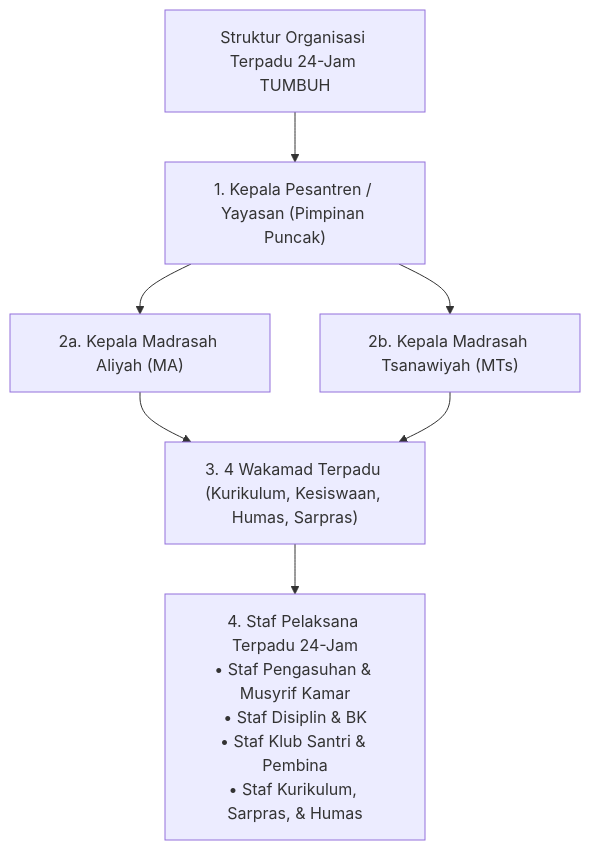
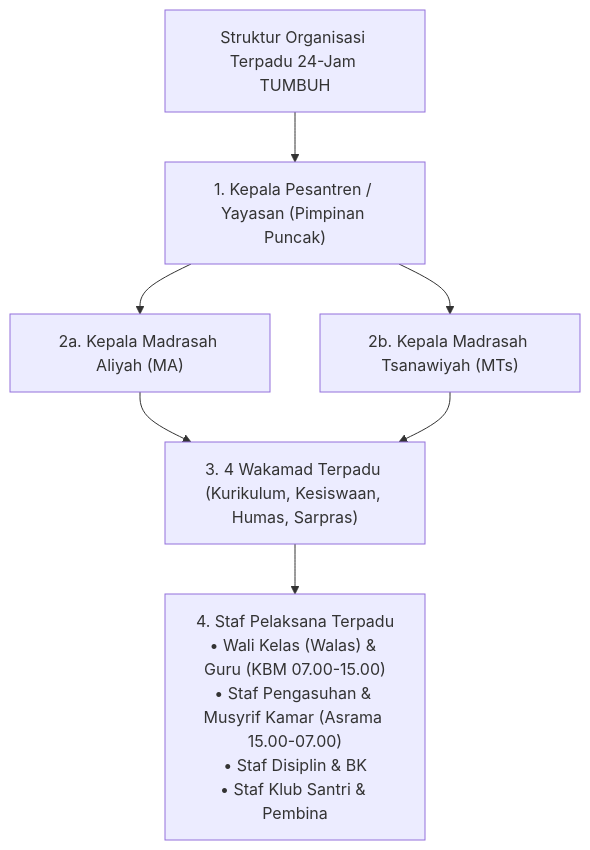
The first of 3 diagrams in 07 Implementation Framework/Jurnal-Monograf-Riset-Struktur-Terpadu-Pengasuhan.md (wandiapriliyandi/tumbuh), drawn with Mermaid before and after one commit. The commit also changed other lines of this file and 3 other files, not shown here.

Commit message:
feat: clarify Musyrif vs Wali Kelas (Walas) duty boundaries & handover mechanism (07.00-15.00 KBM vs 15.00-07.00 Asrama)

````diff
--- a/07 Implementation Framework/Jurnal-Monograf-Riset-Struktur-Terpadu-Pengasuhan.md
+++ b/07 Implementation Framework/Jurnal-Monograf-Riset-Struktur-Terpadu-Pengasuhan.md
@@ -26,10 +26,10 @@
 ```mermaid
 graph TD
     IntegratedOrg["Struktur Organisasi Terpadu 24-Jam TUMBUH"]
     IntegratedOrg --> Pimpinan["1. Kepala Pesantren / Yayasan (Pimpinan Puncak)"]
     Pimpinan --> KMA["2a. Kepala Madrasah Aliyah (MA)"]
     Pimpinan --> KMTS["2b. Kepala Madrasah Tsanawiyah (MTs)"]
     KMA --> WakamadGroup["3. 4 Wakamad Terpadu (Kurikulum, Kesiswaan, Humas, Sarpras)"]
     KMTS --> WakamadGroup
-    WakamadGroup --> StafPelaksana["4. Staf Pelaksana Terpadu 24-Jam<br/>• Staf Pengasuhan & Musyrif Kamar<br/>• Staf Disiplin & BK<br/>• Staf Klub Santri & Pembina<br/>• Staf Kurikulum, Sarpras, & Humas"]
+    WakamadGroup --> StafPelaksana["4. Staf Pelaksana Terpadu<br/>• Wali Kelas (Walas) & Guru (KBM 07.00-15.00)<br/>• Staf Pengasuhan & Musyrif Kamar (Asrama 15.00-07.00)<br/>• Staf Disiplin & BK<br/>• Staf Klub Santri & Pembina"]
 ```
````
